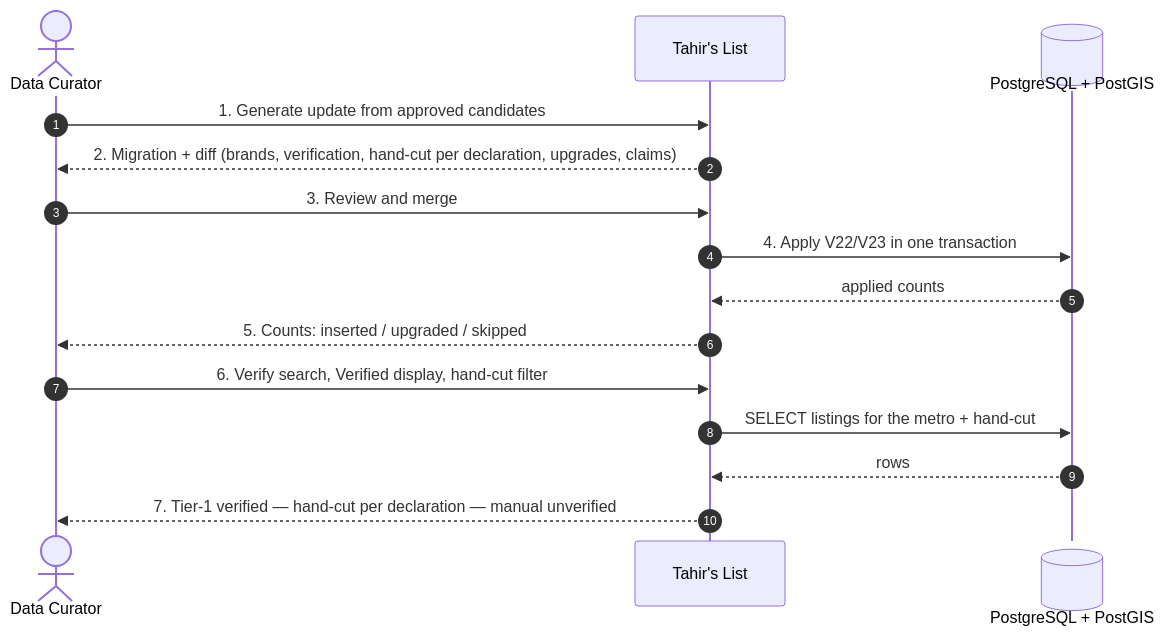
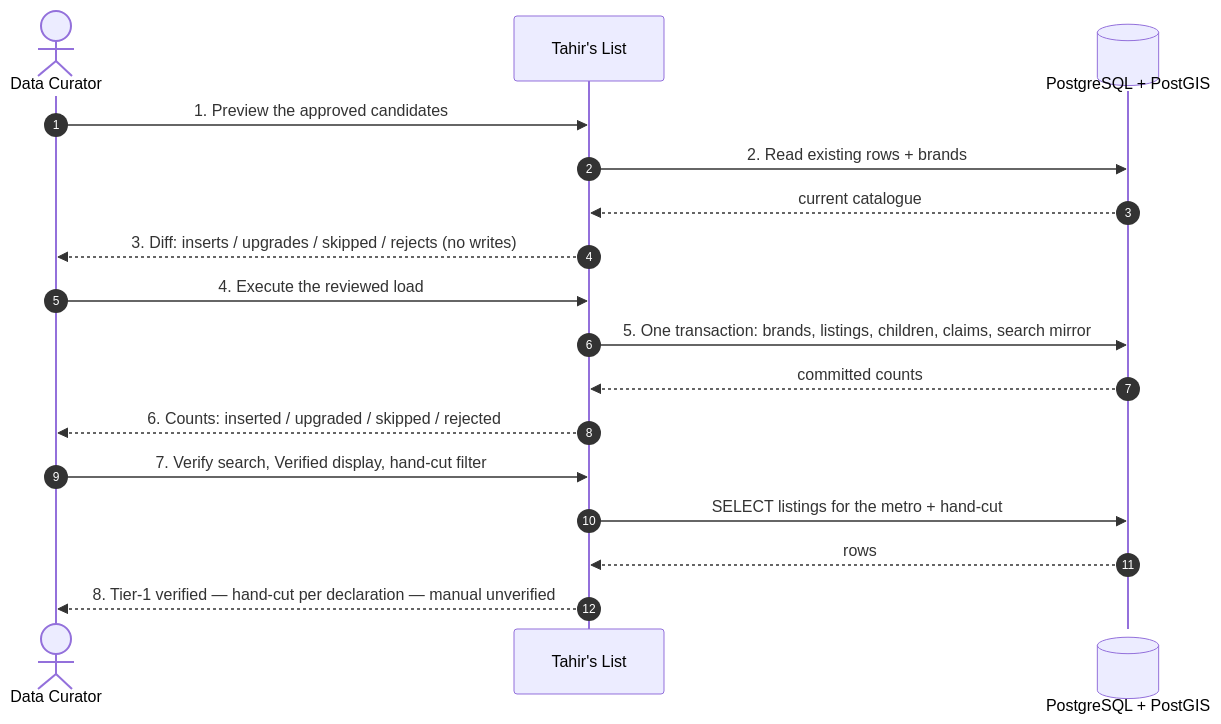
The first of 8 diagrams in docs/features/SC-211/04-blackbox/UC-03-load-reviewed-batch.md (Losers-Lab/tahirs-list), drawn with Mermaid before and after one commit. The commit also changed other lines of this file and 7 other files, not shown here.

````diff
--- a/docs/features/SC-211/04-blackbox/UC-03-load-reviewed-batch.md
+++ b/docs/features/SC-211/04-blackbox/UC-03-load-reviewed-batch.md
@@ -6,17 +6,19 @@
 ```mermaid
 sequenceDiagram
   autonumber
   actor DC as Data Curator
   participant TL as Tahir's List
   participant DB@{ "type": "database" } as PostgreSQL + PostGIS
-  DC->>TL: 1. Generate update from approved candidates
-  TL-->>DC: 2. Migration + diff (brands, verification, hand-cut per declaration, upgrades, claims)
-  DC->>TL: 3. Review and merge
-  TL->>DB: 4. Apply V22/V23 in one transaction
-  DB-->>TL: applied counts
-  TL-->>DC: 5. Counts: inserted / upgraded / skipped
-  DC->>TL: 6. Verify search, Verified display, hand-cut filter
+  DC->>TL: 1. Preview the approved candidates
+  TL->>DB: 2. Read existing rows + brands
+  DB-->>TL: current catalogue
+  TL-->>DC: 3. Diff: inserts / upgrades / skipped / rejects (no writes)
+  DC->>TL: 4. Execute the reviewed load
+  TL->>DB: 5. One transaction: brands, listings, children, claims, search mirror
+  DB-->>TL: committed counts
+  TL-->>DC: 6. Counts: inserted / upgraded / skipped / rejected
+  DC->>TL: 7. Verify search, Verified display, hand-cut filter
   TL->>DB: SELECT listings for the metro + hand-cut
   DB-->>TL: rows
-  TL-->>DC: 7. Tier-1 verified — hand-cut per declaration — manual unverified
+  TL-->>DC: 8. Tier-1 verified — hand-cut per declaration — manual unverified
 ```
````
